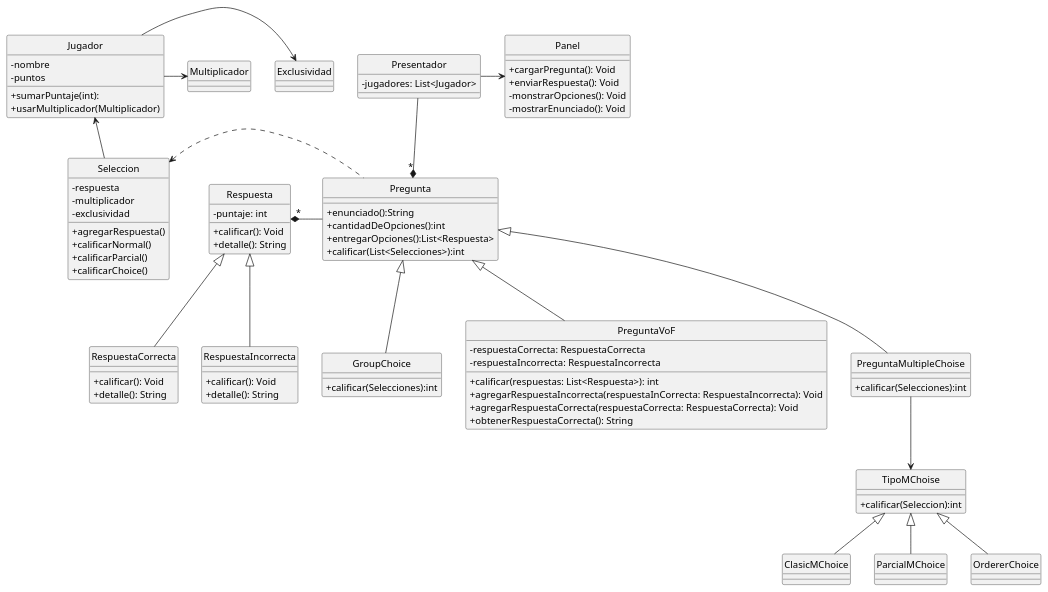
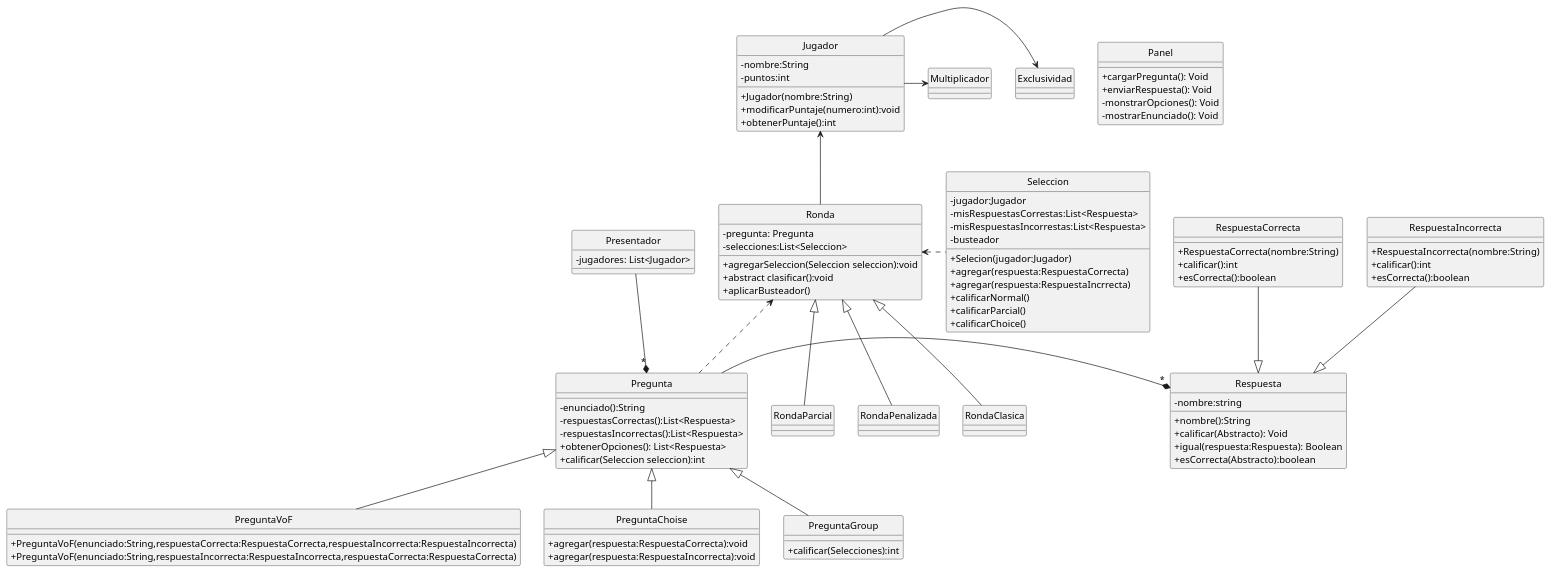
Before and after one commit to AmayaSantos/TP2-1: the diagram in src/main/java/edu/fiuba/algo3/modelo/diagramas/DiagramaDeClases.puml, drawn with PlantUML. The commit also changed 6 other files, not shown here.

```diff
--- a/src/main/java/edu/fiuba/algo3/modelo/diagramas/DiagramaDeClases.puml
+++ b/src/main/java/edu/fiuba/algo3/modelo/diagramas/DiagramaDeClases.puml
@@ -1,103 +1,115 @@
 @startuml
 hide circle
 skinparam classAttributeIconSize 0
 
 'Clases
 class Panel{
     +cargarPregunta(): Void
     +enviarRespuesta(): Void
     -monstrarOpciones(): Void
     -mostrarEnunciado(): Void
 }
 
 Class Presentador{
     -jugadores: List<Jugador>
 }
 
 Class Pregunta{
-    +enunciado():String
-    +cantidadDeOpciones():int
-    +entregarOpciones():List<Respuesta>
-    +calificar(List<Selecciones>):int
+    -enunciado():String
+    -respuestasCorrectas():List<Respuesta>
+    -respuestasIncorrectas():List<Respuesta>
+    +obtenerOpciones(): List<Respuesta>
+    +calificar(Seleccion seleccion):int
 }
 
 Class Respuesta{
-    -puntaje: int
-    +calificar(): Void
-    +detalle(): String
+    -nombre:string
+    +nombre():String
+    +calificar(Abstracto): Void
+    +igual(respuesta:Respuesta): Boolean
+    +esCorrecta(Abstracto):boolean
 }
 
 Class RespuestaCorrecta{
-    +calificar(): Void
-    +detalle(): String
+    +RespuestaCorrecta(nombre:String)
+    +calificar():int
+    +esCorrecta():boolean
 }
 
 Class RespuestaIncorrecta{
-    +calificar(): Void
-    +detalle(): String
+   +RespuestaIncorrecta(nombre:String)
+    +calificar():int
+    +esCorrecta():boolean
 }
 
 Class PreguntaVoF{
-    -respuestaCorrecta: RespuestaCorrecta
-    -respuestaIncorrecta: RespuestaIncorrecta
-    +calificar(respuestas: List<Respuesta>): int
-    +agregarRespuestaIncorrecta(respuestaInCorrecta: RespuestaIncorrecta): Void
-    +agregarRespuestaCorrecta(respuestaCorrecta: RespuestaCorrecta): Void
-    +obtenerRespuestaCorrecta(): String
+   +PreguntaVoF(enunciado:String,respuestaCorrecta:RespuestaCorrecta,respuestaIncorrecta:RespuestaIncorrecta)
+   +PreguntaVoF(enunciado:String,respuestaIncorrecta:RespuestaIncorrecta,respuestaCorrecta:RespuestaCorrecta)
 }
 
-Class PreguntaMultipleChoise{
+
+
+Class PreguntaChoise{
+    +agregar(respuesta:RespuestaCorrecta):void
+    +agregar(respuesta:RespuestaIncorrecta):void
+
+}
+
+
+
+
+Class PreguntaGroup{
     +calificar(Selecciones):int
 }
 
-Class GroupChoice{
-    +calificar(Selecciones):int
-}
 
-Class TipoMChoise{
-    +calificar(Seleccion):int
-}
-
-Class ClasicMChoice
-Class ParcialMChoice
-Class OrdererChoice
 
 Class Seleccion{
-    -respuesta
-    -multiplicador
-    -exclusividad
-    +agregarRespuesta()
+    -jugador:Jugador
+    -misRespuestasCorrestas:List<Respuesta>
+    -misRespuestasIncorrestas:List<Respuesta>
+    -busteador
+    +Selecion(jugador:Jugador)
+    +agregar(respuesta:RespuestaCorrecta)
+    +agregar(respuesta:RespuestaIncrrecta)
     +calificarNormal()
     +calificarParcial()
     +calificarChoice()
 }
 
 Class Jugador{
-    -nombre
-    -puntos
-    +sumarPuntaje(int):
-    +usarMultiplicador(Multiplicador)
+    -nombre:String
+    -puntos:int
+    +Jugador(nombre:String)
+    + modificarPuntaje(numero:int):void
+    +obtenerPuntaje():int
 }
 
-Class Exclusividad
-Class Multiplicador
+Class Ronda{
+   -pregunta: Pregunta
+   -selecciones:List<Seleccion>
+   +agregarSeleccion(Seleccion seleccion):void
+   +abstract clasificar():void
+   +aplicarBusteador()
+}
 
 'Relaciones
-Panel <-left- Presentador
+
 Presentador --* "*" Pregunta
-Pregunta -left-* "*" Respuesta
-RespuestaIncorrecta -up-|> Respuesta
-RespuestaCorrecta -up-|> Respuesta
+Pregunta -right-* "*" Respuesta
+RespuestaIncorrecta -down-|> Respuesta
+RespuestaCorrecta -down-|> Respuesta
 PreguntaVoF -up-|> Pregunta
-PreguntaMultipleChoise -up-|> Pregunta
-GroupChoice -up-|> Pregunta
-PreguntaMultipleChoise -down-> TipoMChoise
-ClasicMChoice -up-|> TipoMChoise
-ParcialMChoice -up-|> TipoMChoise
-OrdererChoice -up-|> TipoMChoise
-Pregunta .left.> Seleccion
-Seleccion -up-> Jugador
+PreguntaChoise -up-|> Pregunta
+PreguntaGroup -up-|> Pregunta
+Pregunta .up.>Ronda
+Seleccion .left.>Ronda
+RondaClasica -up-|>Ronda
+RondaParcial -up-|>Ronda
+RondaPenalizada -up-|>Ronda
+Ronda -up-> Jugador
 Jugador -right-> Exclusividad
 Jugador -right-> Multiplicador
 
+
 @enduml
```
